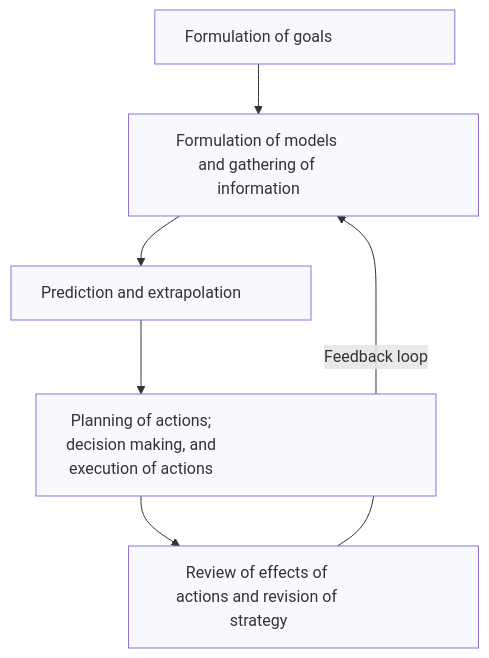
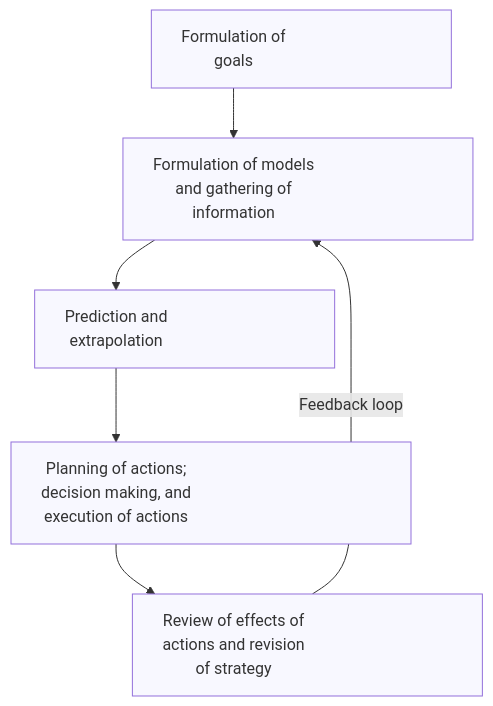
Before and after one commit to lukereding/book_notes: the diagram in notes_logic_failure.md, drawn with Mermaid.

Commit message:
Try custom widths

````diff
--- a/notes_logic_failure.md
+++ b/notes_logic_failure.md
@@ -16,15 +16,15 @@
 ```mermaid
 flowchart TD
-  A["Formulation of goals"] --> B["Formulation of models <br>and gathering of information"]
-  B --> C["Prediction and extrapolation"]
+  A["Formulation of <br>goals"] --> B["Formulation of models <br>and gathering of <br>information"]
+  B --> C["Prediction and <br> extrapolation"]
   C --> D["Planning of actions; <br>decision making, and <br>execution of actions"]
-  D --> E["Review of effects of <br>actions and revision of strategy"]
+  D --> E["Review of effects of <br>actions and revision <br>of strategy"]
   E -->|Feedback loop| B
 
   %% Set custom widths
   style A width:300px, fill:#f8f8ff, stroke:#9370DB;
   style B width:350px, fill:#f8f8ff, stroke:#9370DB;
   style C width:300px, fill:#f8f8ff, stroke:#9370DB;
   style D width:400px, fill:#f8f8ff, stroke:#9370DB;
   style E width:350px, fill:#f8f8ff, stroke:#9370DB;
 ```
````
